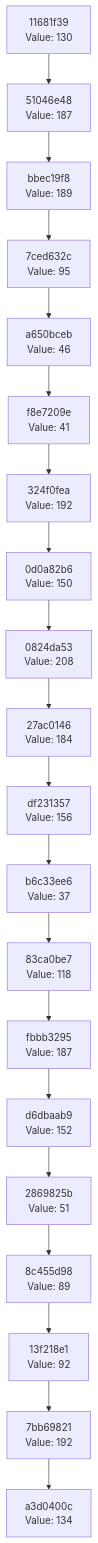
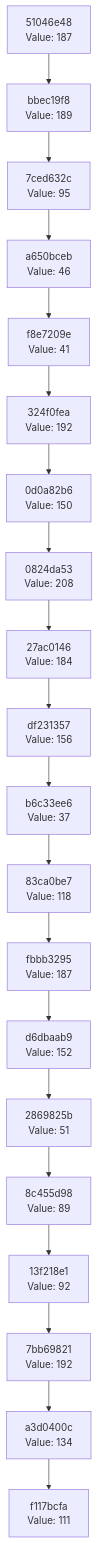
Before and after one commit to Abhisheksinha1506/hash-chain-evolver: the diagram in docs/CHAIN_VISUALIZATION.md, drawn with Mermaid. The commit also changed 2 other files, not shown here.

Commit message:
Evolution Step

````diff
--- a/docs/CHAIN_VISUALIZATION.md
+++ b/docs/CHAIN_VISUALIZATION.md
@@ -3,42 +3,42 @@
 ```mermaid
 graph TD
-    C0["a3d0400c<br/>Value: 134"]
-    C1["7bb69821<br/>Value: 192"]
+    C0["f117bcfa<br/>Value: 111"]
+    C1["a3d0400c<br/>Value: 134"]
     C1 --> C0
-    C2["13f218e1<br/>Value: 92"]
+    C2["7bb69821<br/>Value: 192"]
     C2 --> C1
-    C3["8c455d98<br/>Value: 89"]
+    C3["13f218e1<br/>Value: 92"]
     C3 --> C2
-    C4["2869825b<br/>Value: 51"]
+    C4["8c455d98<br/>Value: 89"]
     C4 --> C3
-    C5["d6dbaab9<br/>Value: 152"]
+    C5["2869825b<br/>Value: 51"]
     C5 --> C4
-    C6["fbbb3295<br/>Value: 187"]
+    C6["d6dbaab9<br/>Value: 152"]
     C6 --> C5
-    C7["83ca0be7<br/>Value: 118"]
+    C7["fbbb3295<br/>Value: 187"]
     C7 --> C6
-    C8["b6c33ee6<br/>Value: 37"]
+    C8["83ca0be7<br/>Value: 118"]
     C8 --> C7
-    C9["df231357<br/>Value: 156"]
+    C9["b6c33ee6<br/>Value: 37"]
     C9 --> C8
-    C10["27ac0146<br/>Value: 184"]
+    C10["df231357<br/>Value: 156"]
     C10 --> C9
-    C11["0824da53<br/>Value: 208"]
+    C11["27ac0146<br/>Value: 184"]
     C11 --> C10
-    C12["0d0a82b6<br/>Value: 150"]
+    C12["0824da53<br/>Value: 208"]
     C12 --> C11
-    C13["324f0fea<br/>Value: 192"]
+    C13["0d0a82b6<br/>Value: 150"]
     C13 --> C12
-    C14["f8e7209e<br/>Value: 41"]
+    C14["324f0fea<br/>Value: 192"]
     C14 --> C13
-    C15["a650bceb<br/>Value: 46"]
+    C15["f8e7209e<br/>Value: 41"]
     C15 --> C14
-    C16["7ced632c<br/>Value: 95"]
+    C16["a650bceb<br/>Value: 46"]
     C16 --> C15
-    C17["bbec19f8<br/>Value: 189"]
+    C17["7ced632c<br/>Value: 95"]
     C17 --> C16
-    C18["51046e48<br/>Value: 187"]
+    C18["bbec19f8<br/>Value: 189"]
     C18 --> C17
-    C19["11681f39<br/>Value: 130"]
+    C19["51046e48<br/>Value: 187"]
     C19 --> C18
 ```
````
